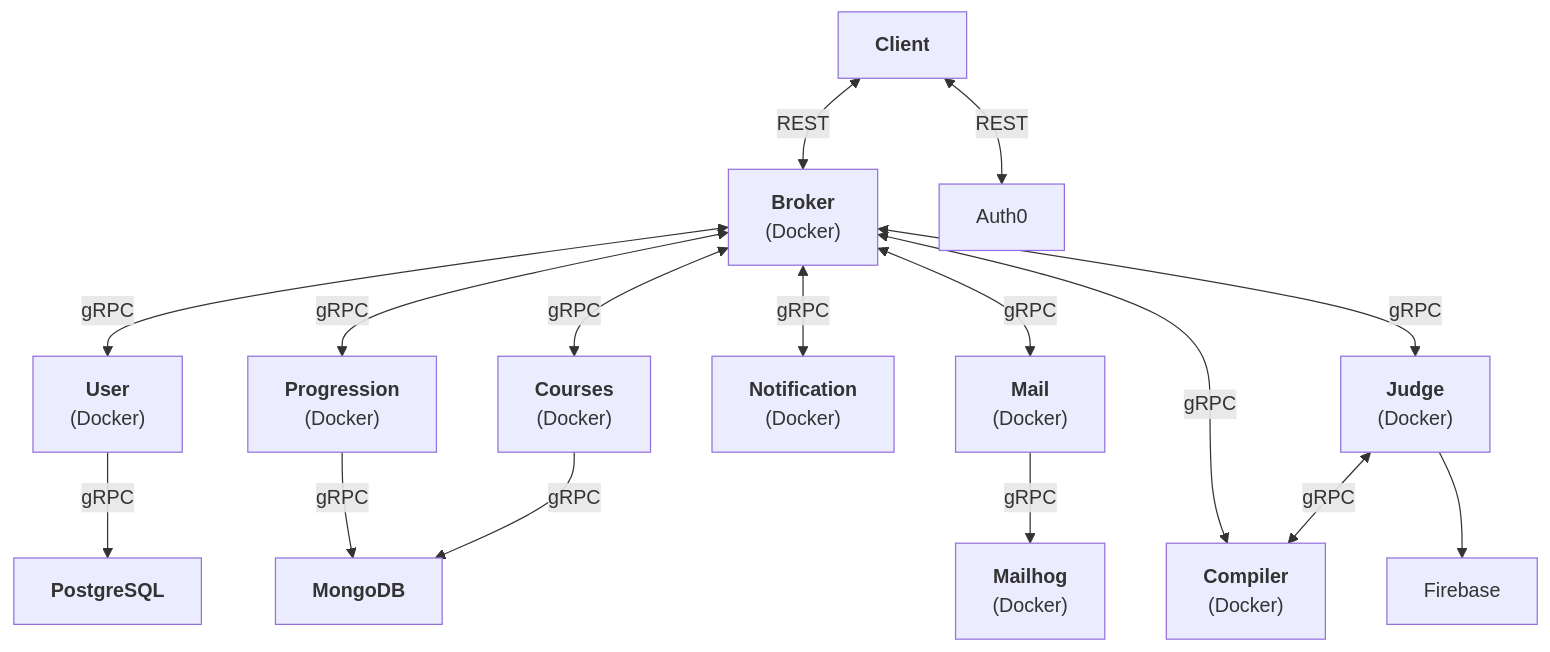
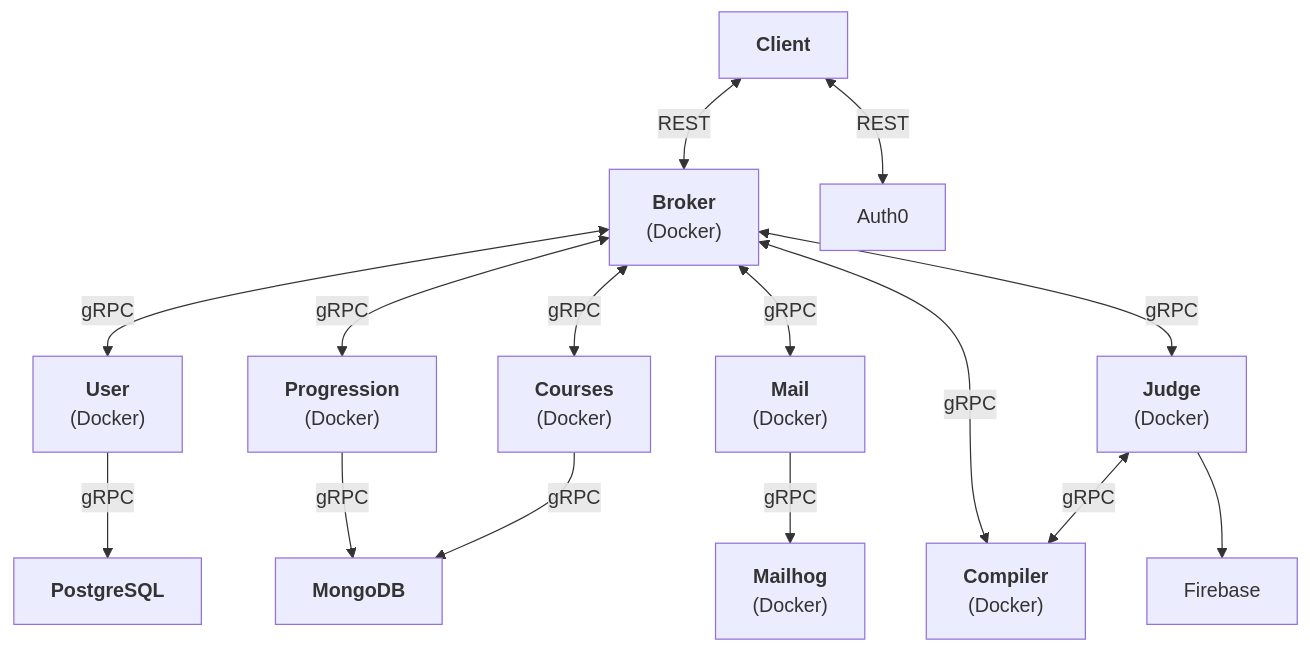
One commit to abyanmajid/picco changed the diagram in README.md. Above: the diagram before and after it, drawn with Mermaid. The commit also changed other lines of this file, not shown here.

````diff
--- a/README.md
+++ b/README.md
@@ -23,19 +23,18 @@
 ```mermaid
 graph TD
     Client
     Client["<b>Client</b>"] <-->|REST| Broker["<b>Broker</b><br>(Docker)"]
     Client <--> |REST| Auth0
     Broker <-->|gRPC| User["<b>User</b><br>(Docker)"]
     Broker <-->|gRPC| Courses["<b>Courses</b><br>(Docker)"]
     Broker <-->|gRPC| Progression["<b>Progression</b><br>(Docker)"]
-    Broker <-->|gRPC| Notification["<b>Notification</b><br>(Docker)"]
     Broker <-->|gRPC| Mail["<b>Mail</b><br>(Docker)"]
     Broker <-->|gRPC| Judge["<b>Judge</b><br>(Docker)"]
     Judge <-->|gRPC| Compiler
     Judge --> Firebase
     Broker <-->|gRPC| Compiler["<b>Compiler</b><br>(Docker)"]
     User -->|gRPC| PostgreSQL["<b>PostgreSQL</b>"]
     Courses --> |gRPC| MongoDB["<b>MongoDB</b>"]
     Progression --> |gRPC| MongoDB["<b>MongoDB</b>"]
     Mail -->|gRPC| Mailhog["<b>Mailhog</b><br>(Docker)"]
 ```
````
